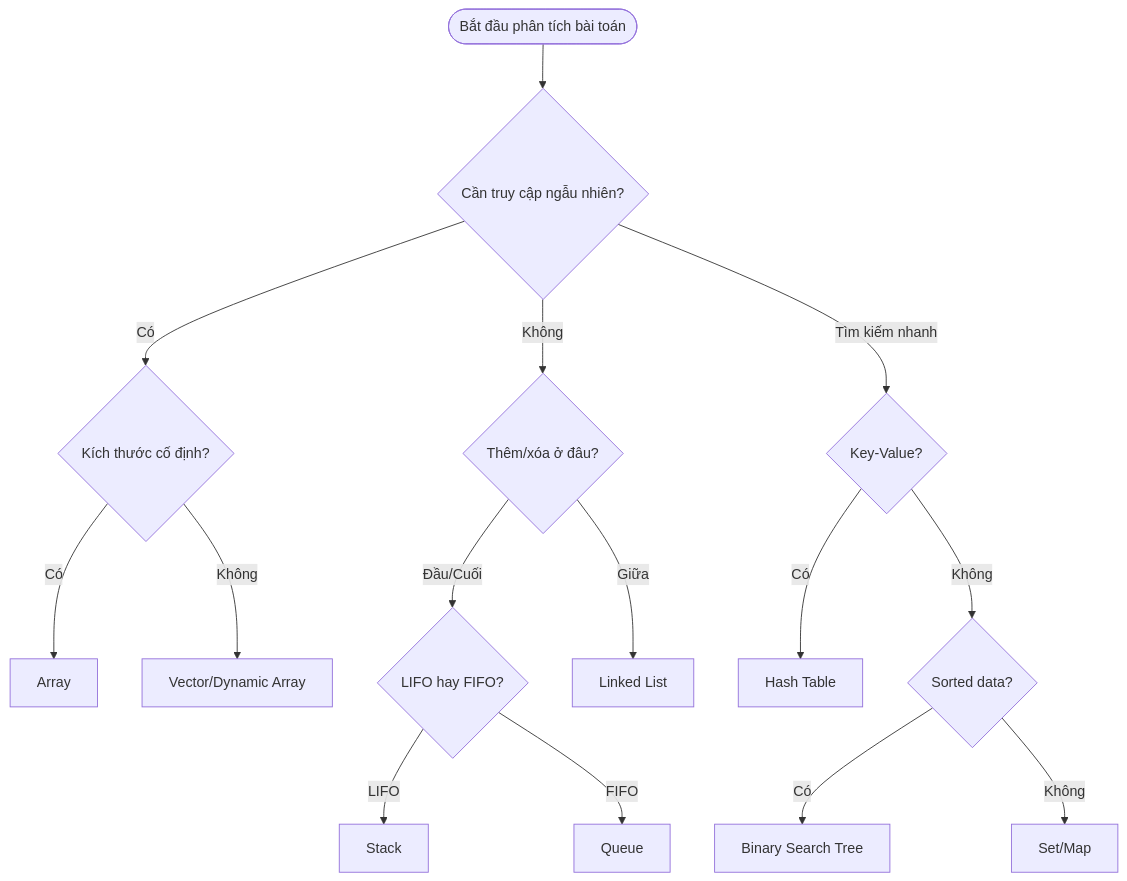
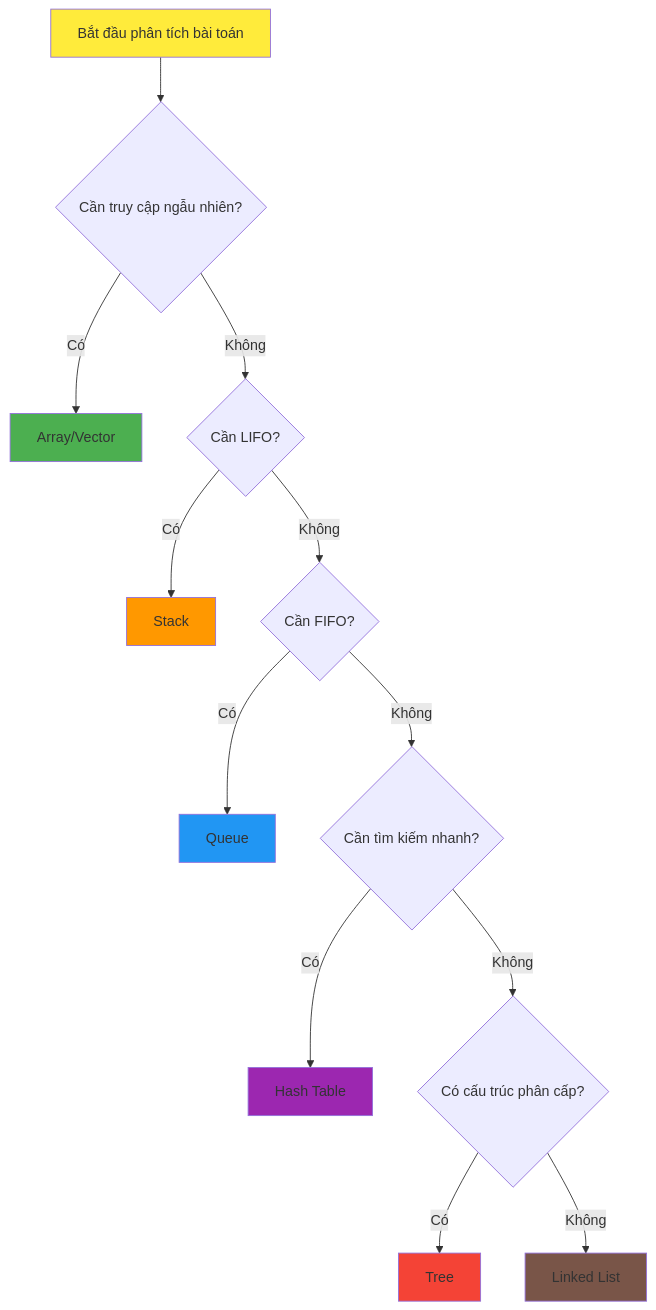
The second of 2 diagrams in src/content/soft-skills/dsa/bai-2.mdx (khieu-dv/vievlog), drawn with Mermaid before and after one commit. The commit also changed other lines of this file and 8 other files, not shown here.

````diff
--- a/src/content/soft-skills/dsa/bai-2.mdx
+++ b/src/content/soft-skills/dsa/bai-2.mdx
@@ -129,23 +110,22 @@
 ```mermaid
 flowchart TD
-    START([Bắt đầu phân tích bài toán]) --> Q1{Cần truy cập ngẫu nhiên?}
-
-    Q1 -->|Có| Q2{Kích thước cố định?}
-    Q1 -->|Không| Q3{Thêm/xóa ở đâu?}
-
-    Q2 -->|Có| ARRAY[Array]
-    Q2 -->|Không| VECTOR[Vector/Dynamic Array]
-
-    Q3 -->|Đầu/Cuối| Q4{LIFO hay FIFO?}
-    Q3 -->|Giữa| LL[Linked List]
-
-    Q4 -->|LIFO| STACK[Stack]
-    Q4 -->|FIFO| QUEUE[Queue]
-
-    Q1 -->|Tìm kiếm nhanh| Q5{Key-Value?}
-    Q5 -->|Có| HASH[Hash Table]
-    Q5 -->|Không| Q6{Sorted data?}
-
-    Q6 -->|Có| BST[Binary Search Tree]
-    Q6 -->|Không| SET[Set/Map]
+    A[Bắt đầu phân tích bài toán] --> B{Cần truy cập ngẫu nhiên?}
+    B -->|Có| C[Array/Vector]
+    B -->|Không| D{Cần LIFO?}
+    D -->|Có| E[Stack]
+    D -->|Không| F{Cần FIFO?}
+    F -->|Có| G[Queue]
+    F -->|Không| H{Cần tìm kiếm nhanh?}
+    H -->|Có| I[Hash Table]
+    H -->|Không| J{Có cấu trúc phân cấp?}
+    J -->|Có| K[Tree]
+    J -->|Không| L[Linked List]
+    
+    style A fill:#ffeb3b
+    style C fill:#4caf50
+    style E fill:#ff9800
+    style G fill:#2196f3
+    style I fill:#9c27b0
+    style K fill:#f44336
+    style L fill:#795548
 ```
````
